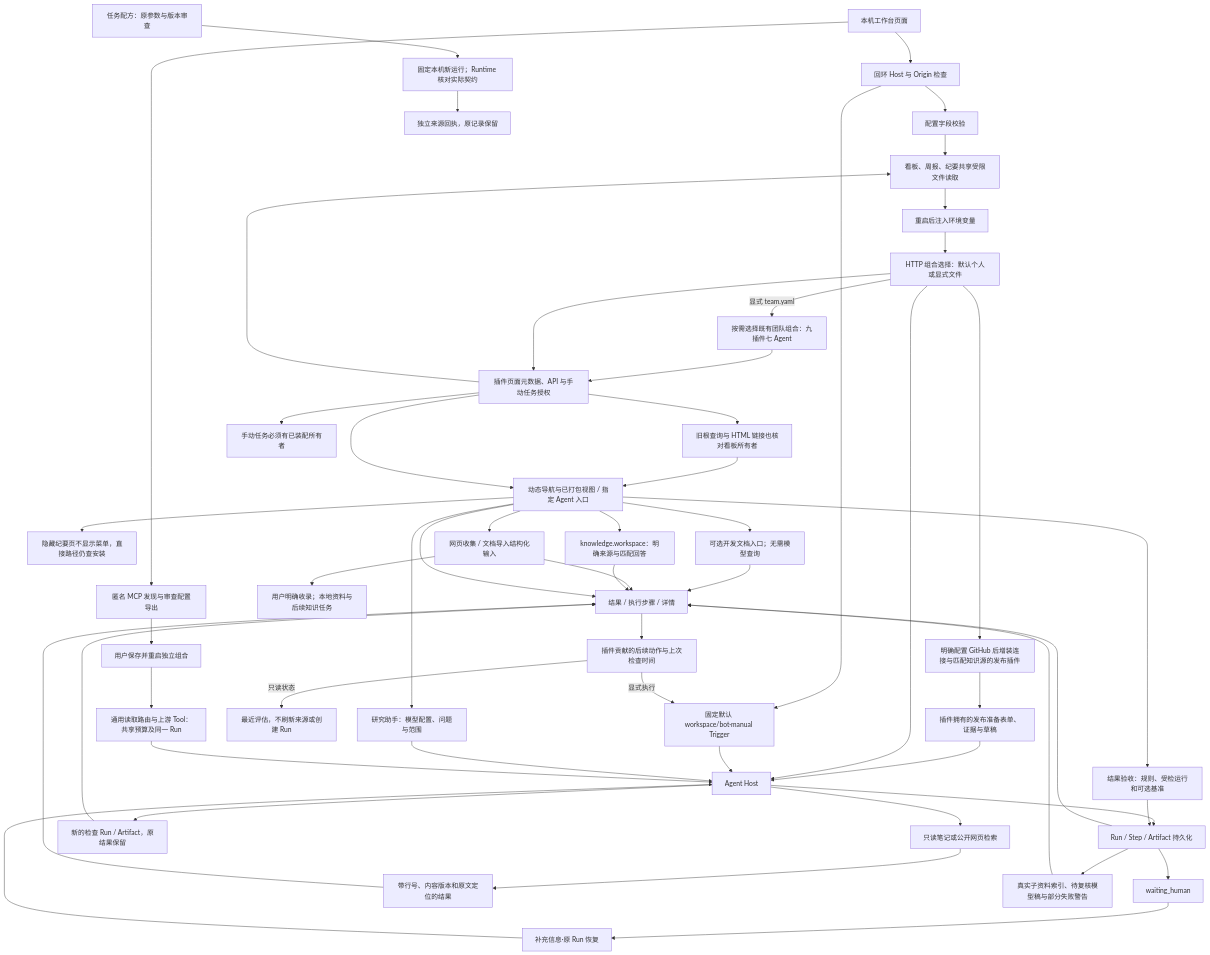
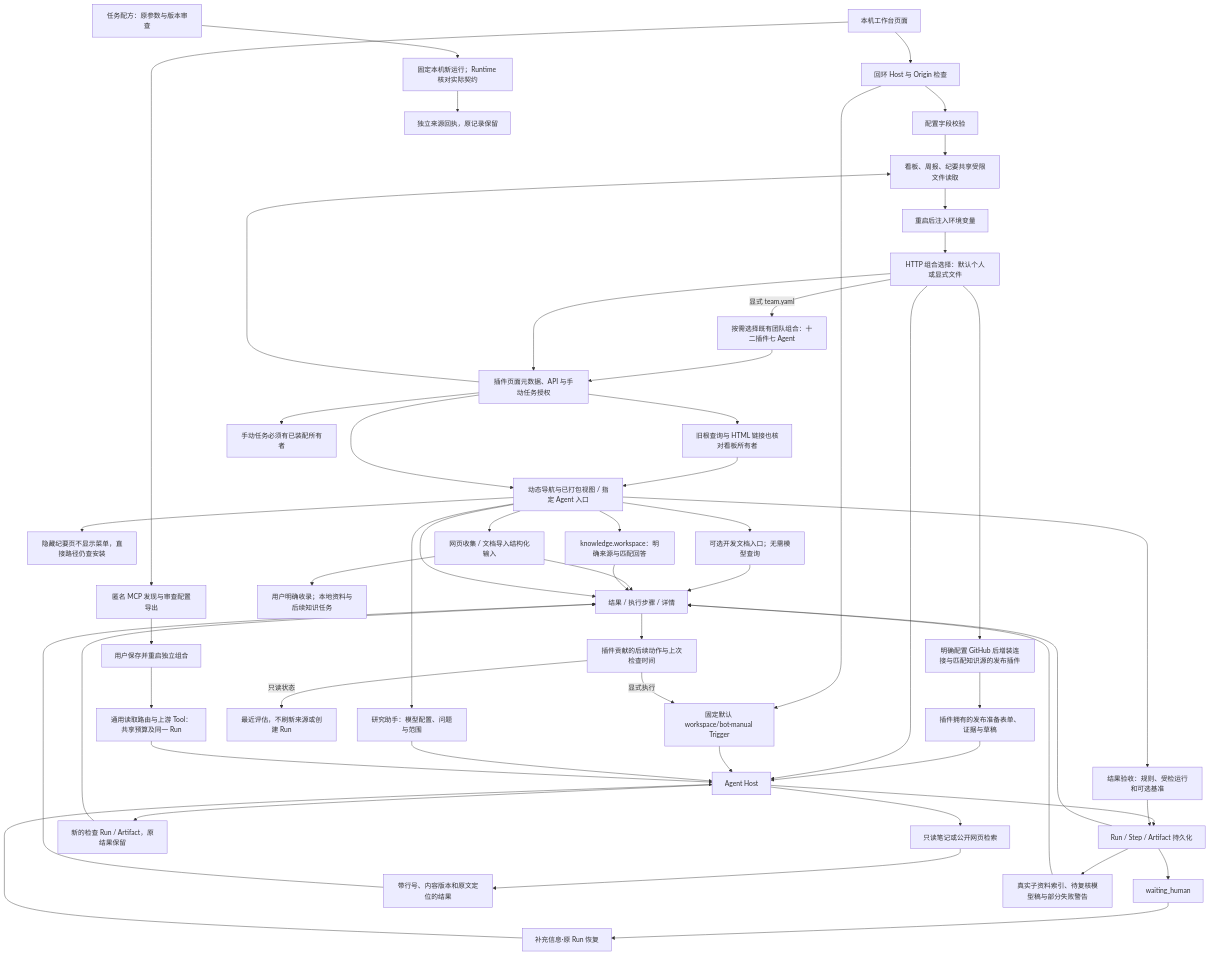
Before and after one commit to KlayPeter/AI-Delivery-Ops-Agent: the first of 4 diagrams in backend/src/platform/workspace/FEATURE.md, drawn with Mermaid. The commit also changed other lines of this file and 10 other files, not shown here.

````diff
--- a/backend/src/platform/workspace/FEATURE.md
+++ b/backend/src/platform/workspace/FEATURE.md
@@ -19,56 +19,56 @@
 ```mermaid
 flowchart TD
     UI[本机工作台页面] --> G[回环 Host 与 Origin 检查]
     G --> CFG[配置字段校验]
     CFG --> FILE[connections.json 原子写入·0600]
     FILE --> BOOT[重启后注入环境变量]
     BOOT --> PL[HTTP 组合选择：默认个人或显式文件]
-    PL -- 显式 team.yaml --> TEAM[按需选择既有团队组合：九插件七 Agent]
+    PL -- 显式 team.yaml --> TEAM[按需选择既有团队组合：十二插件七 Agent]
     TEAM --> WEB
     PL --> GH[明确配置 GitHub 后增装连接与匹配知识源的发布插件]
     GH --> RP[插件拥有的发布准备表单、证据与草稿]
     RP --> H
     PL --> H[Agent Host]
     G --> T[固定默认 workspace/bot·manual Trigger]
     T --> H
     H --> R[Run / Step / Artifact 持久化]
     R --> V[结果 / 执行步骤 / 详情]
     R --> WAIT[waiting_human]
     WAIT --> REPLY[补充信息·原 Run 恢复]
     REPLY --> H
     H --> K[只读笔记或公开网页检索]
     K --> EV[带行号、内容版本和原文定位的结果]
     EV --> V
     PL --> WEB[插件页面元数据、API 与手动任务授权]
     WEB --> ALIAS[旧根查询与 HTML 链接也核对看板所有者]
     ALIAS --> NAV
     WEB --> NAV[动态导航与已打包视图 / 指定 Agent 入口]
     NAV --> HIDDEN[隐藏纪要页不显示菜单，直接路径仍查安装]
     WEB --> FILE[看板、周报、纪要共享受限文件读取]
     NAV --> C7[可选开发文档入口；无需模型查询]
     C7 --> V
     NAV --> COL[网页收集 / 文档导入结构化输入]
     COL --> V
     NAV --> RS[研究助手：模型配置、问题与范围]
     RS --> H
     R --> RSINDEX[真实子资料索引、待复核模型稿与部分失败警告]
     RSINDEX --> V
     NAV --> KW[knowledge.workspace：明确来源与匹配回答]
     KW --> V
     NAV --> V
     WEB --> JOBS[手动任务必须有已装配所有者]
     V --> ACT[插件贡献的后续动作与上次检查时间]
     ACT -- 只读状态 --> KV[最近评估，不刷新来源或创建 Run]
     ACT -- 显式执行 --> T
     H --> CHECK[新的检查 Run / Artifact，原结果保留]
     CHECK --> V
     COL --> KLIB[用户明确收录；本地资料与后续知识任务]
     NAV --> QCP[结果验收：规则、受检运行和可选基准]
     QCP --> R
     UI --> MCPSETUP[匿名 MCP 发现与审查配置导出]
     MCPSETUP --> MCPRESTART[用户保存并重启独立组合]
     MCPRESTART --> MCPRUN[通用读取路由与上游 Tool：共享预算及同一 Run]
     MCPRUN --> H
     REC[任务配方：原参数与版本审查] --> RECRUN[固定本机新运行；Runtime 核对实际契约]
     RECRUN --> RECEIPT[独立来源回执，原记录保留]
 ```
````
